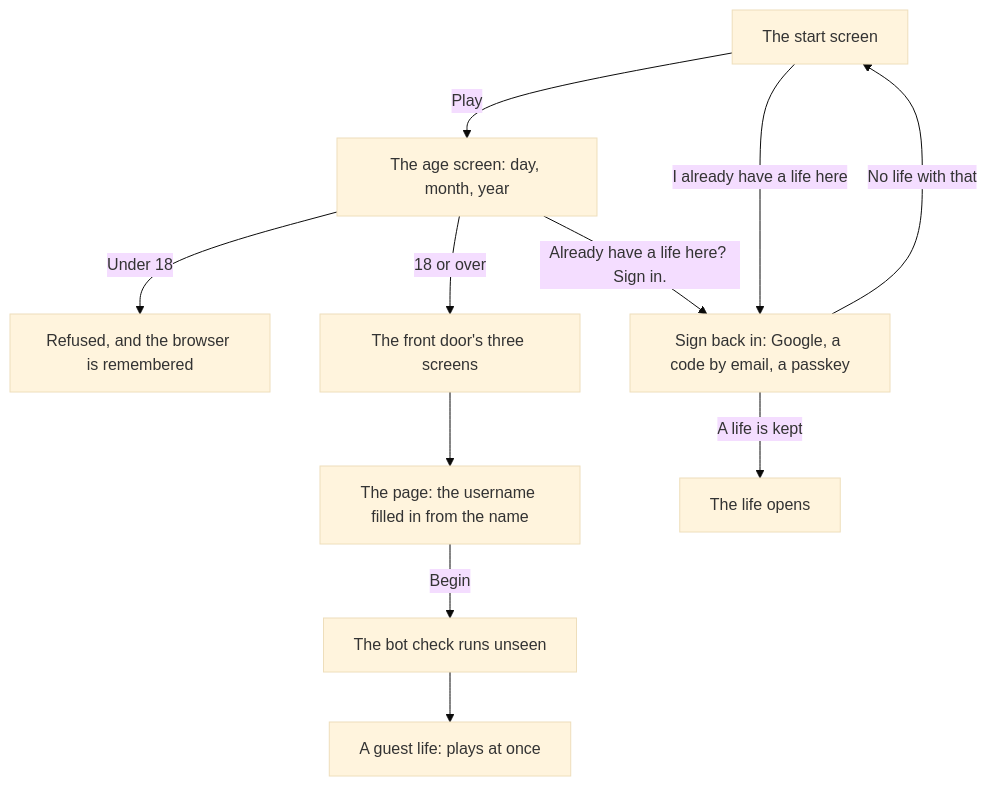
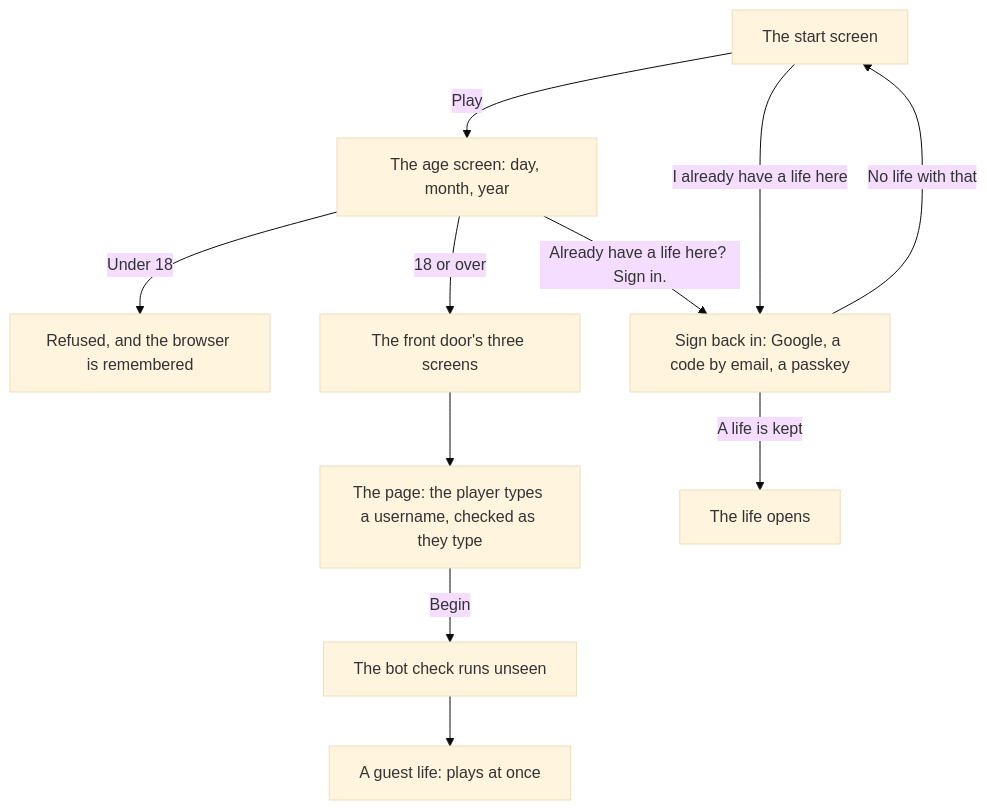
The diagram in docs/site/plays/accounts.md (buildlab-studio/japacity), drawn with Mermaid (base theme) before and after one commit. The commit also changed 17 other files, not shown here.

Commit message:
The username box starts empty with no filled-in name, and says free or taken as the player types; the typed name is kept with the door's run

````diff
--- a/docs/site/plays/accounts.md
+++ b/docs/site/plays/accounts.md
@@ -17,13 +17,13 @@
 ```mermaid
 flowchart TD
   S["The start screen"] -->|"Play"| A["The age screen: day, month, year"]
   A -->|"Under 18"| X["Refused, and the browser is remembered"]
   A -->|"18 or over"| D["The front door's three screens"]
-  D --> P["The page: the username filled in from the name"]
+  D --> P["The page: the player types a username, checked as they type"]
   P -->|"Begin"| B["The bot check runs unseen"]
   B --> G["A guest life: plays at once"]
   S -->|"I already have a life here"| W["Sign back in: Google, a code by email, a passkey"]
   A -->|"Already have a life here? Sign in."| W
   W -->|"A life is kept"| L["The life opens"]
   W -->|"No life with that"| S
 ```
````
